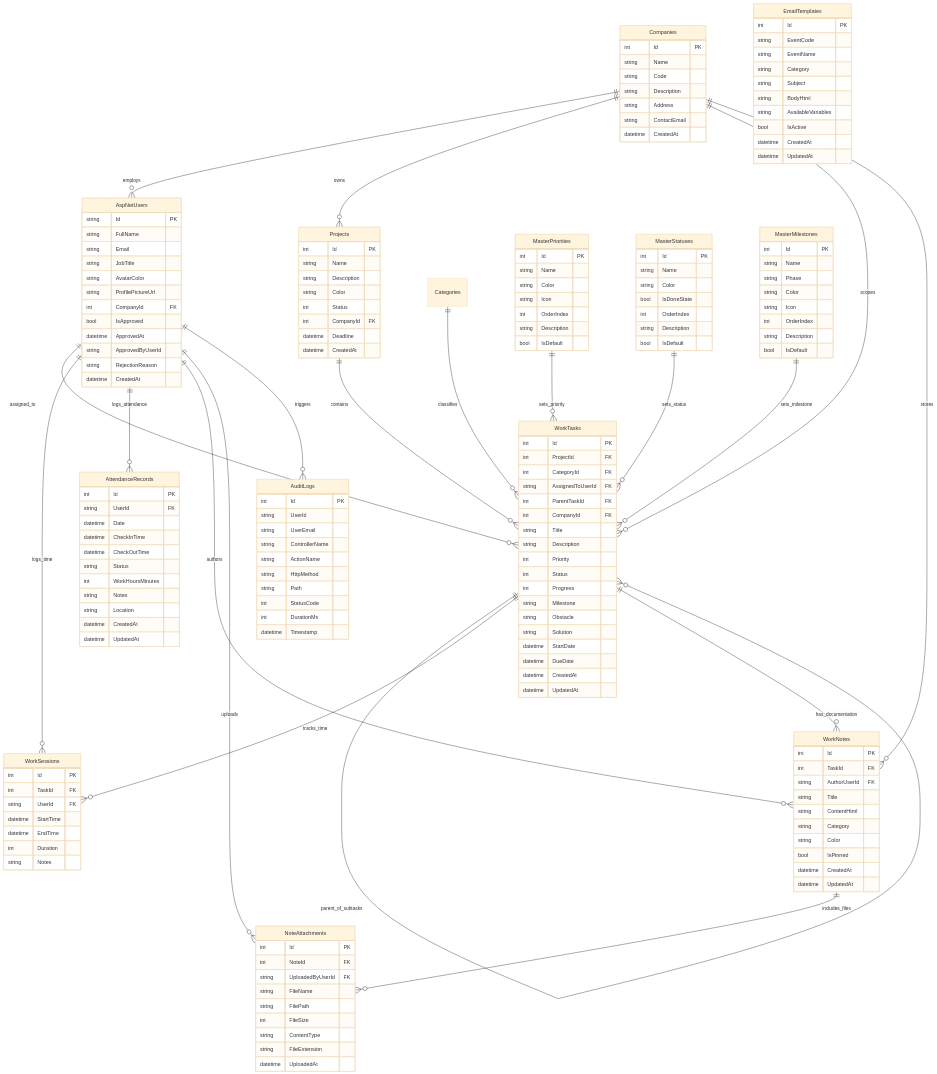
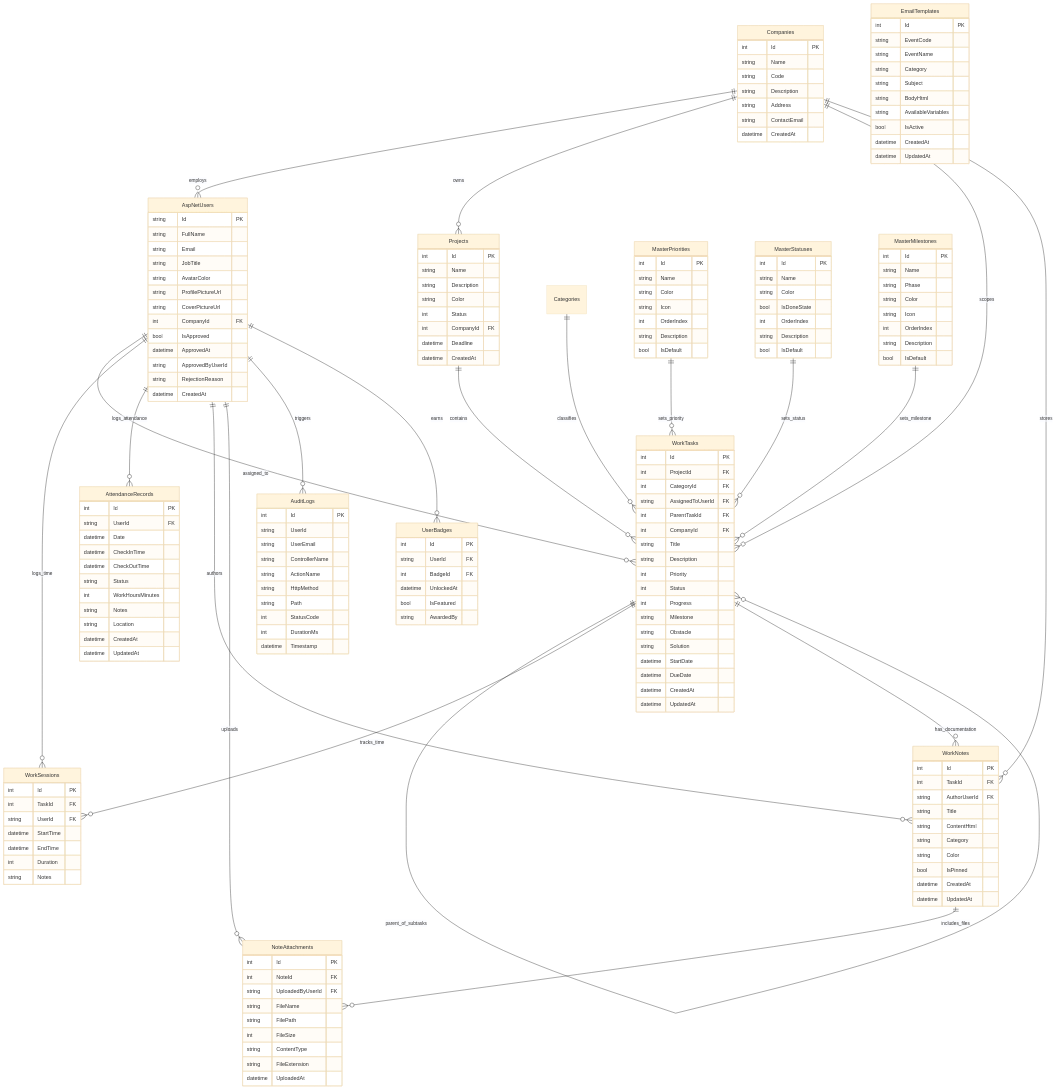
The second of 2 diagrams in FSD_WORK_TRACKER_PRO.md (zhavick/TrackerKerja), drawn with Mermaid (base theme) before and after one commit. The commit also changed other lines of this file and 15 other files, not shown here.

```diff
--- a/FSD_WORK_TRACKER_PRO.md
+++ b/FSD_WORK_TRACKER_PRO.md
@@ -133,6 +138,7 @@
     AspNetUsers ||--o{ WorkNotes : "authors"
     AspNetUsers ||--o{ NoteAttachments : "uploads"
     AspNetUsers ||--o{ AuditLogs : "triggers"
+    AspNetUsers ||--o{ UserBadges : "earns"
 
     Projects ||--o{ WorkTasks : "contains"
     Categories ||--o{ WorkTasks : "classifies"
@@ -177,12 +183,22 @@
         string JobTitle
         string AvatarColor
         string ProfilePictureUrl
+        string CoverPictureUrl
         int CompanyId FK
         bool IsApproved
         datetime ApprovedAt
         string ApprovedByUserId
         string RejectionReason
         datetime CreatedAt
+    }
+
+    UserBadges {
+        int Id PK
+        string UserId FK
+        int BadgeId FK
+        datetime UnlockedAt
+        bool IsFeatured
+        string AwardedBy
     }
 
     Projects {
```
